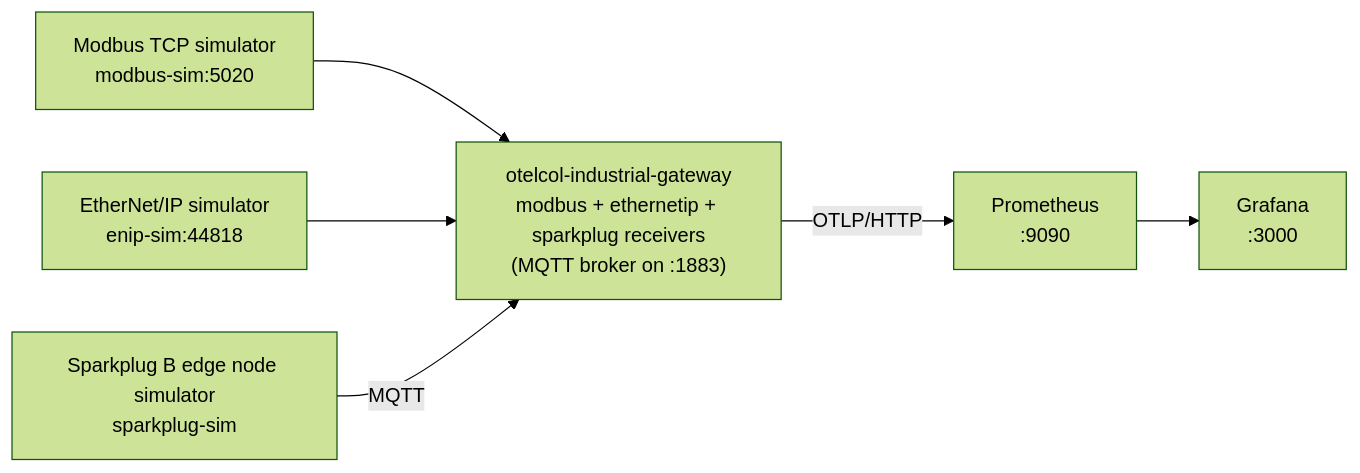
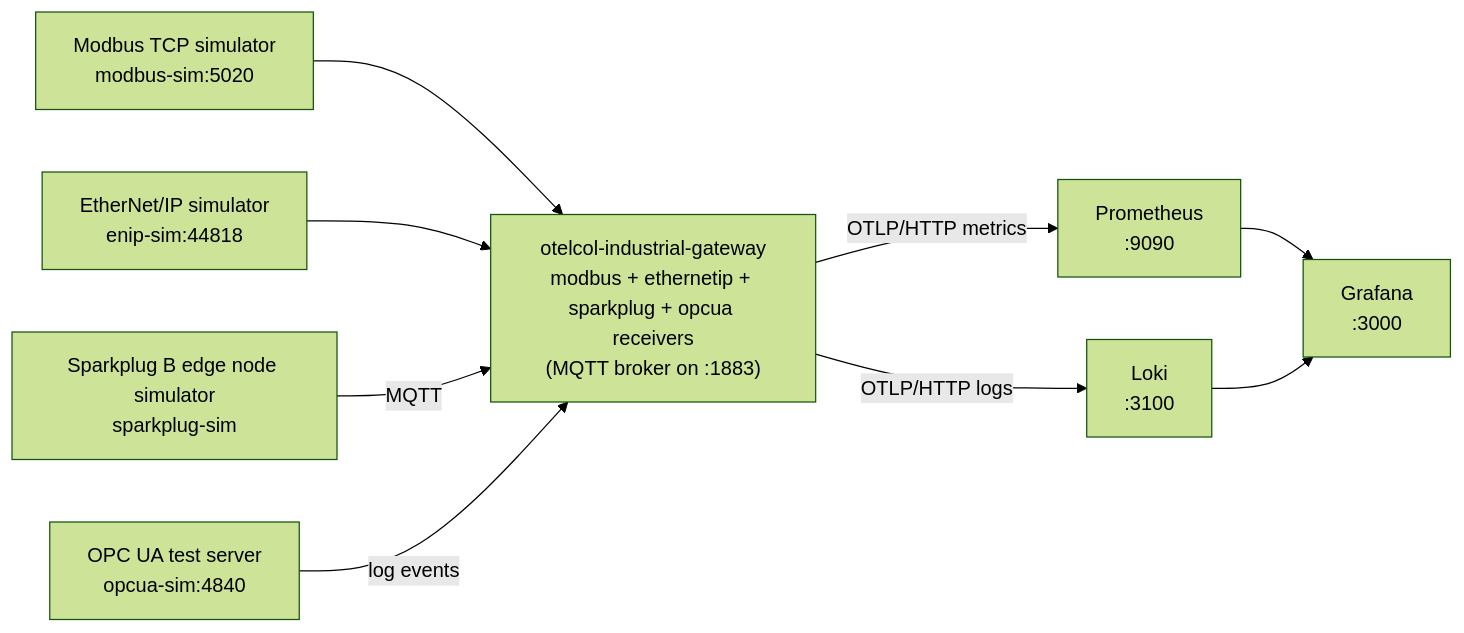
The diagram in otel-industrial-collector/examples/test-environment/README.md (otel-industrial/otel-industrial-resources), drawn with Mermaid (forest theme) before and after one commit. The commit also changed other lines of this file and 5 other files, not shown here.

First line of the commit message:
examples: add OPC UA and Loki to the test environment

````diff
--- a/otel-industrial-collector/examples/test-environment/README.md
+++ b/otel-industrial-collector/examples/test-environment/README.md
@@ -12,8 +13,11 @@
 ```mermaid
 flowchart LR
   modbus["Modbus TCP simulator<br/>modbus-sim:5020"] --> gw
   enip["EtherNet/IP simulator<br/>enip-sim:44818"] --> gw
   spb["Sparkplug B edge node simulator<br/>sparkplug-sim"] -- MQTT --> gw
-  gw["otelcol-industrial-gateway<br/>modbus + ethernetip + sparkplug receivers<br/>(MQTT broker on :1883)"] -- OTLP/HTTP --> prom["Prometheus<br/>:9090"]
+  opcua["OPC UA test server<br/>opcua-sim:4840"] -- log events --> gw
+  gw["otelcol-industrial-gateway<br/>modbus + ethernetip + sparkplug + opcua receivers<br/>(MQTT broker on :1883)"] -- "OTLP/HTTP metrics" --> prom["Prometheus<br/>:9090"]
+  gw -- "OTLP/HTTP logs" --> loki["Loki<br/>:3100"]
   prom --> graf["Grafana<br/>:3000"]
+  loki --> graf
 ```
````
